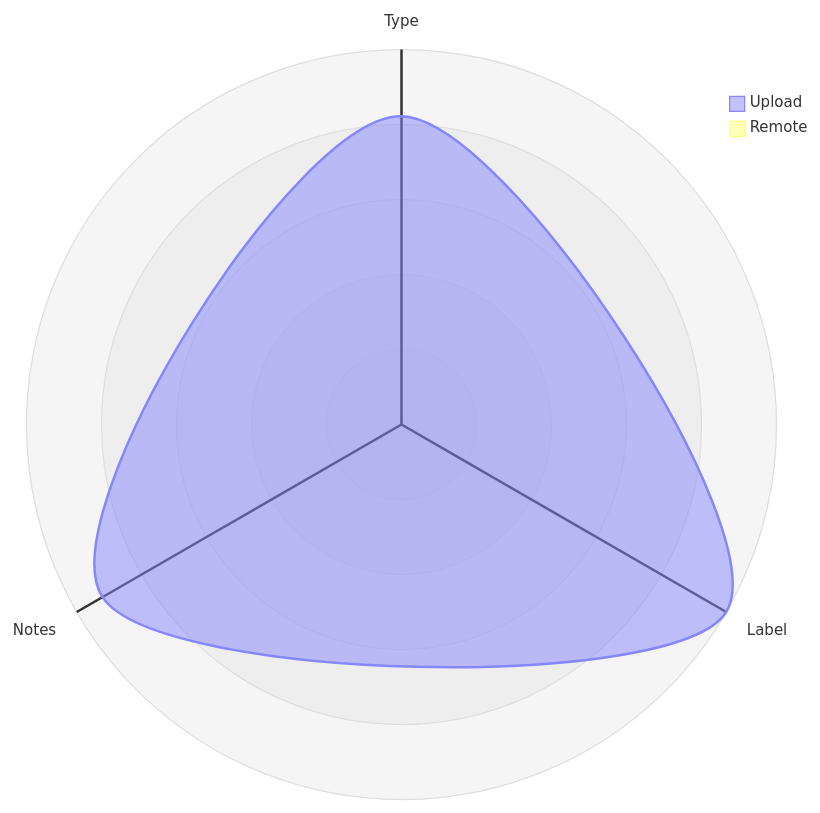
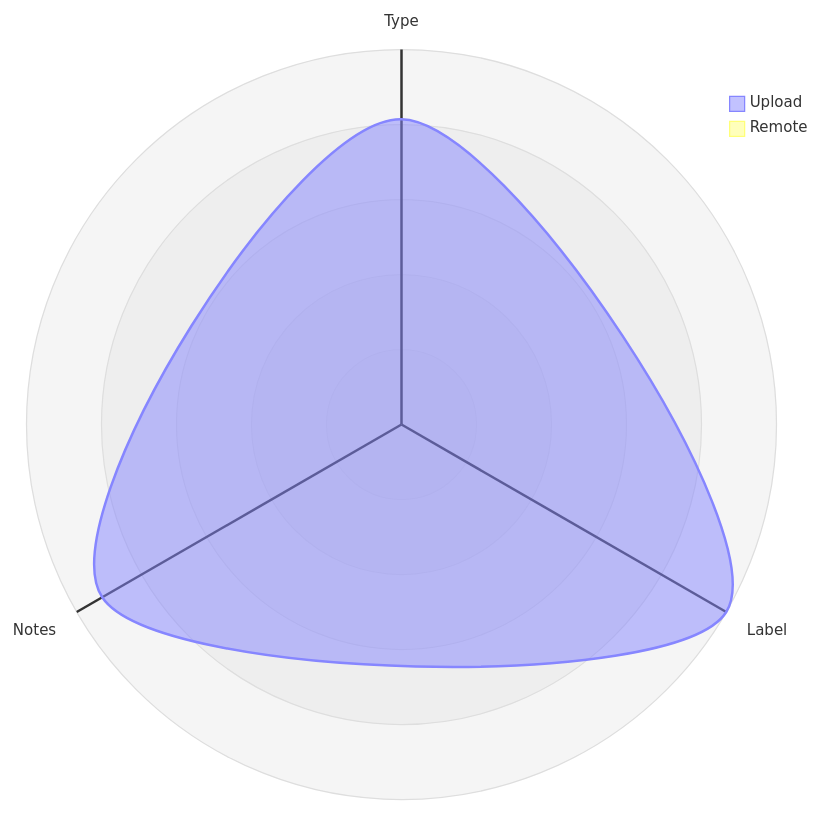
The third of 5 diagrams in datastore_tracker/README.md (open-data/analytics-corporate-reporting), drawn with Mermaid before and after one commit. The commit also changed 6 other files, not shown here.

````diff
--- a/datastore_tracker/README.md
+++ b/datastore_tracker/README.md
@@ -106,12 +106,12 @@
 ```mermaid
 radar-beta
   axis T["Type"], L["Label"], N["Notes"]
-  curve u["Upload"]{0.00083, 0.00101, 0.00093}
+  curve u["Upload"]{0.00083, 0.00102, 0.00094}
   curve r["Remote"]{0, 0, 0}
 
   showLegend true
 
   min 0
   graticule circle
   ticks 5
 ```
````
